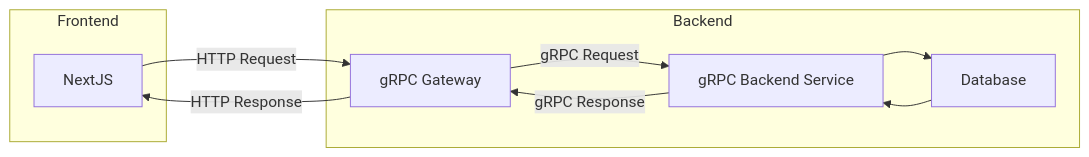
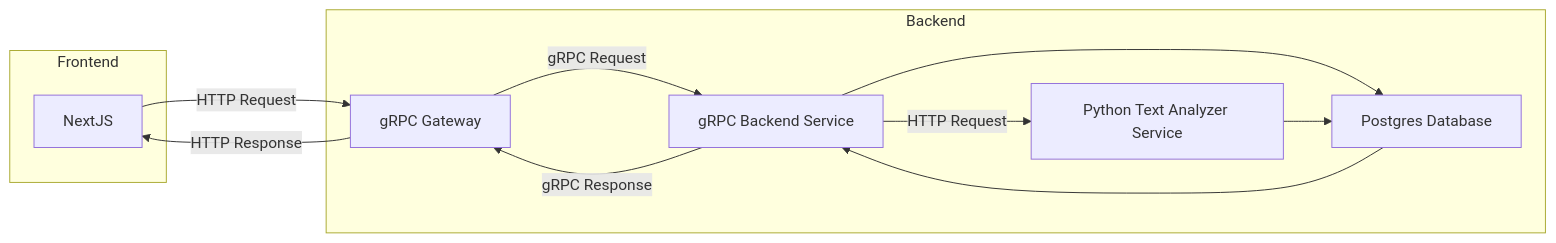
Before and after one commit to jyablonski/lotus: the diagram in README.md, drawn with Mermaid. The commit also changed other lines of this file and 114 other files, not shown here.

````diff
--- a/README.md
+++ b/README.md
@@ -20,20 +21,24 @@
 ``` mermaid
 graph LR
     A[NextJS] -->|HTTP Request| B[Go gRPC Gateway]
     B -->|gRPC Request| C[gRPC Backend Service]
-    C --> D[Database]
+    C --> D[Postgres Database]
     D --> C
     C -->|gRPC Response| B
     B -->|HTTP Response| A
 
+    C -->|HTTP Request| E[Python Text Analyzer Service]
+    E --> D
+
     subgraph Backend
         B[gRPC Gateway]
         C[gRPC Backend Service]
-        D[Database]
+        D[Postgres Database]
+        E[Python Text Analyzer Service]
     end
 
     subgraph Frontend
         A
     end
 
 ```
````
